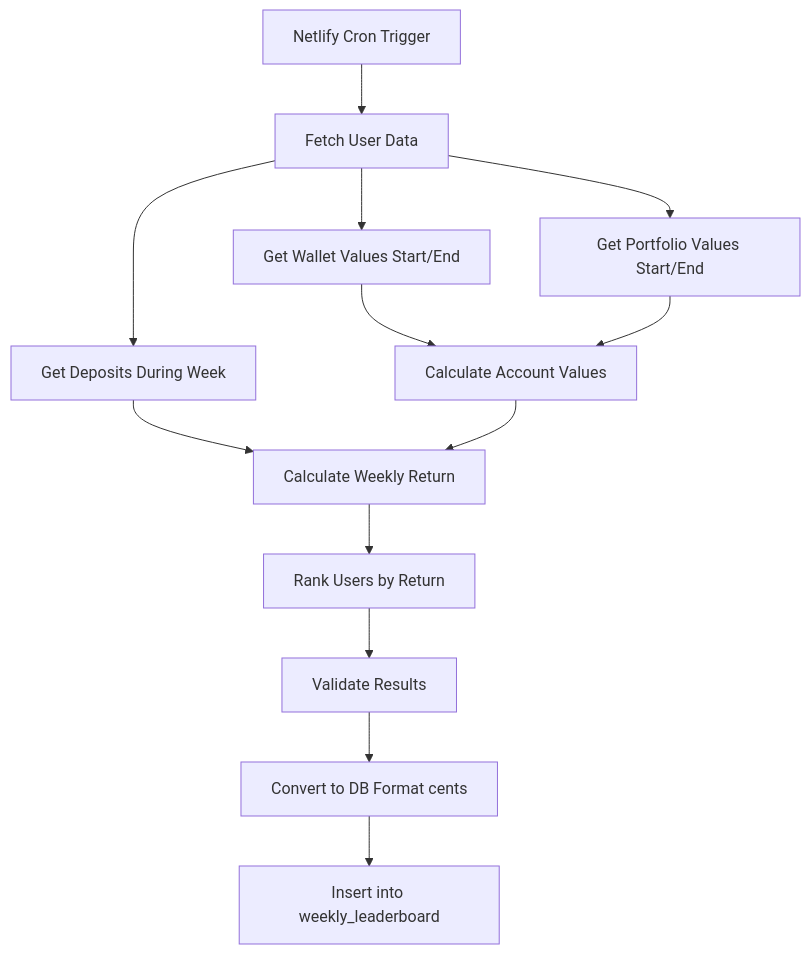
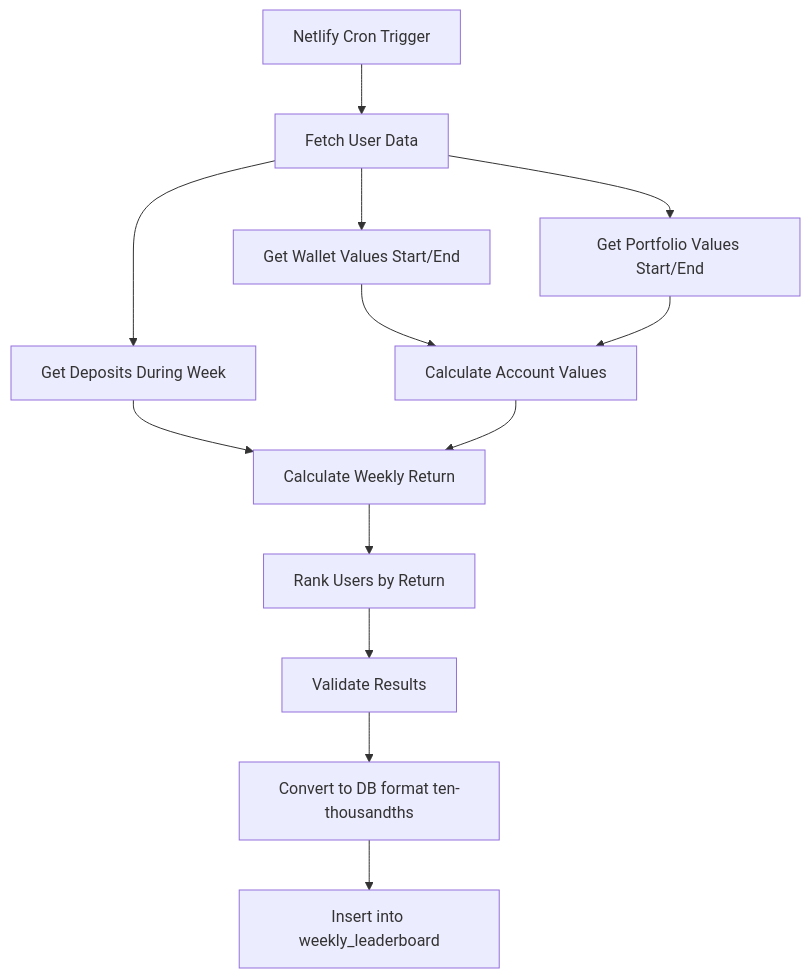
Before and after one commit to oasis-digital-ae/ACE-MVP: the diagram in docs/LEADERBOARD_CALCULATION_SYNC.md, drawn with Mermaid. The commit also changed other lines of this file and 22 other files, not shown here.

````diff
--- a/docs/LEADERBOARD_CALCULATION_SYNC.md
+++ b/docs/LEADERBOARD_CALCULATION_SYNC.md
@@ -93,15 +87,15 @@
 ```mermaid
 graph TD
     A[Netlify Cron Trigger] --> B[Fetch User Data]
     B --> C[Get Wallet Values Start/End]
     B --> D[Get Portfolio Values Start/End]
     B --> E[Get Deposits During Week]
     C --> F[Calculate Account Values]
     D --> F
     E --> G[Calculate Weekly Return]
     F --> G
     G --> H[Rank Users by Return]
     H --> I[Validate Results]
-    I --> J[Convert to DB Format cents]
+    I --> J[Convert to DB format ten-thousandths]
     J --> K[Insert into weekly_leaderboard]
 ```
````
